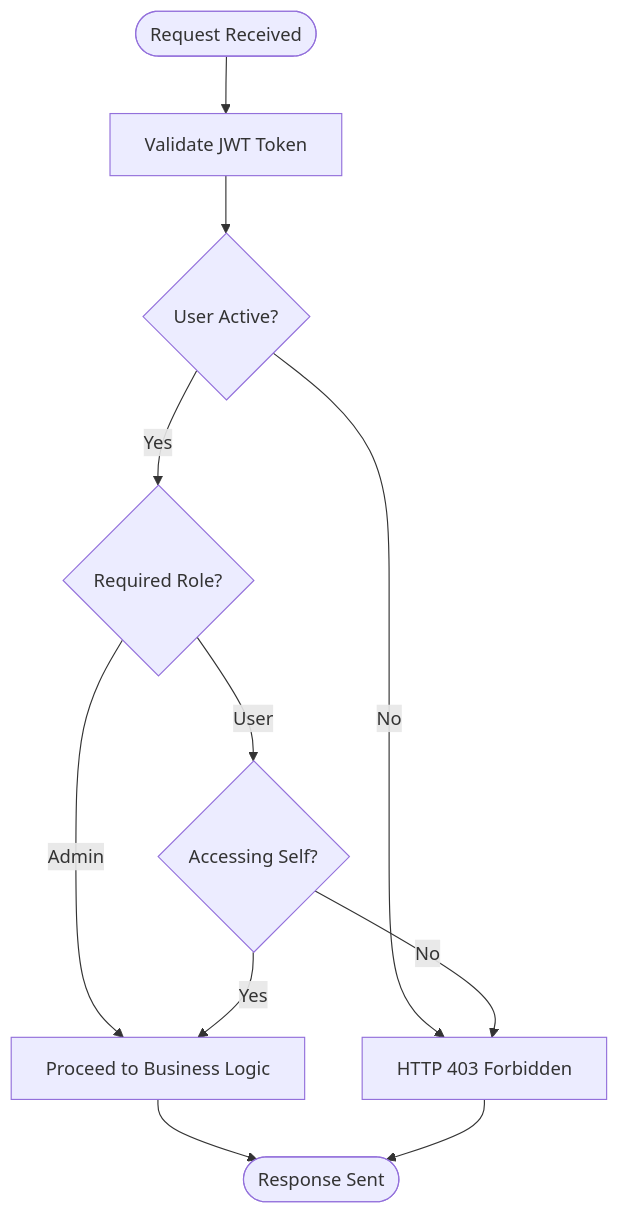
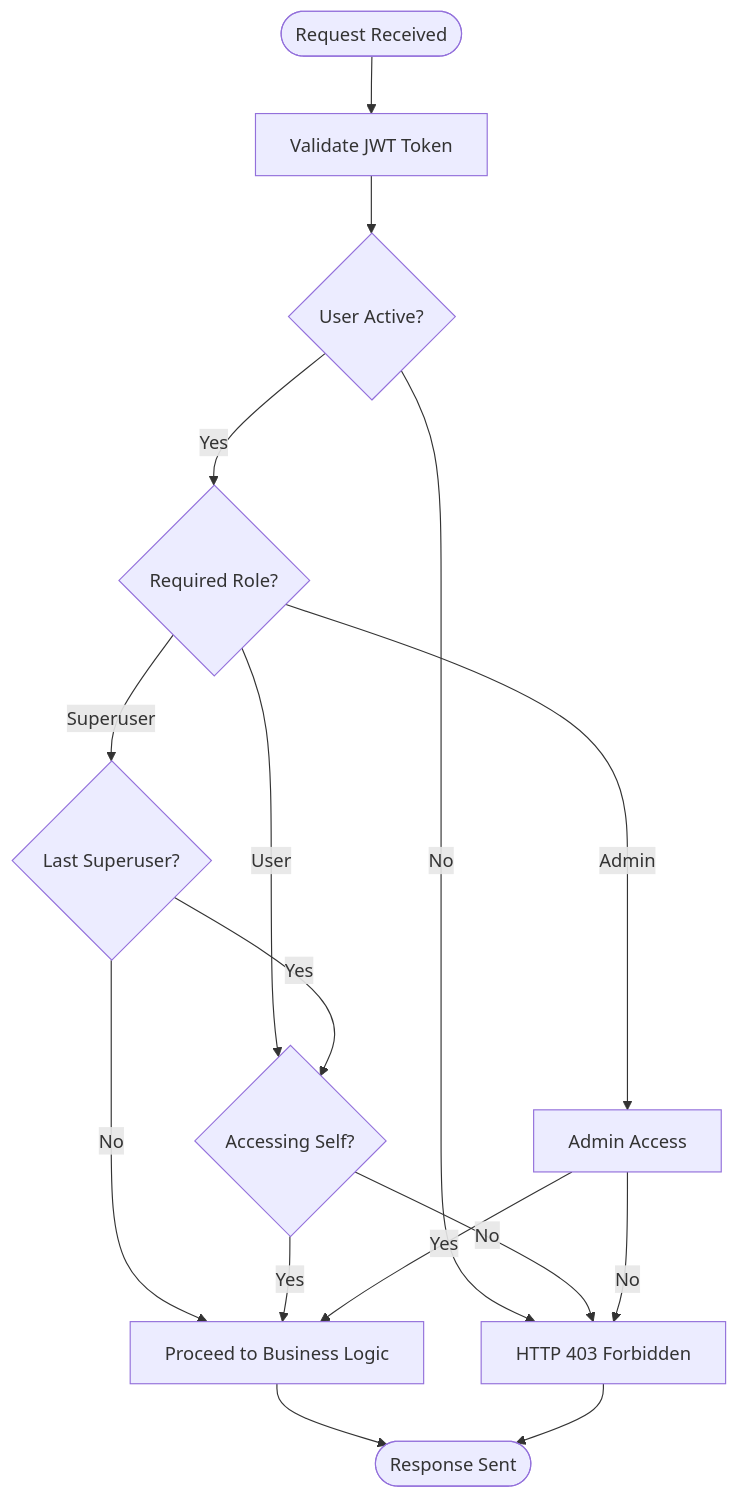
One commit to Nikita5543/New-SSO-02 changed the third of 5 diagrams in .qoder/repowiki/en/content/Core API Reference/User Management Endpoints.md. Above: the diagram before and after it, drawn with Mermaid. The commit also changed other lines of this file and 4 other files, not shown here.

````diff
--- a/.qoder/repowiki/en/content/Core API Reference/User Management Endpoints.md
+++ b/.qoder/repowiki/en/content/Core API Reference/User Management Endpoints.md
@@ -245,13 +291,18 @@
 ```mermaid
 flowchart TD
 Start([Request Received]) --> Auth["Validate JWT Token"]
 Auth --> CheckActive{"User Active?"}
 CheckActive --> |No| Forbidden["HTTP 403 Forbidden"]
 CheckActive --> |Yes| CheckRole{"Required Role?"}
-CheckRole --> |Admin| Proceed["Proceed to Business Logic"]
+CheckRole --> |Superuser| CheckLastSuperuser{"Last Superuser?"}
+CheckRole --> |Admin| CheckAdmin["Admin Access"]
 CheckRole --> |User| CheckSelf{"Accessing Self?"}
+CheckLastSuperuser --> |Yes| CheckSelf
+CheckLastSuperuser --> |No| Proceed["Proceed to Business Logic"]
 CheckSelf --> |Yes| Proceed
 CheckSelf --> |No| Forbidden
+CheckAdmin --> |Yes| Proceed
+CheckAdmin --> |No| Forbidden
 Proceed --> End([Response Sent])
 Forbidden --> End
 ```
````
